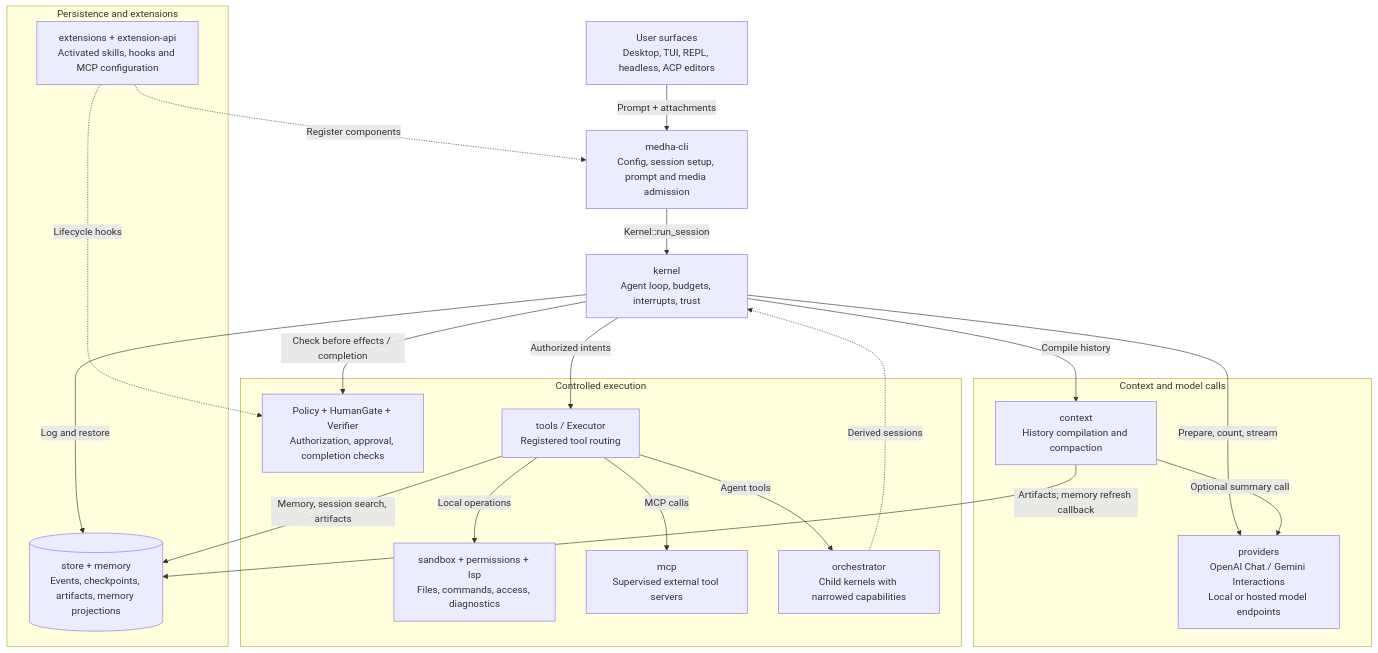
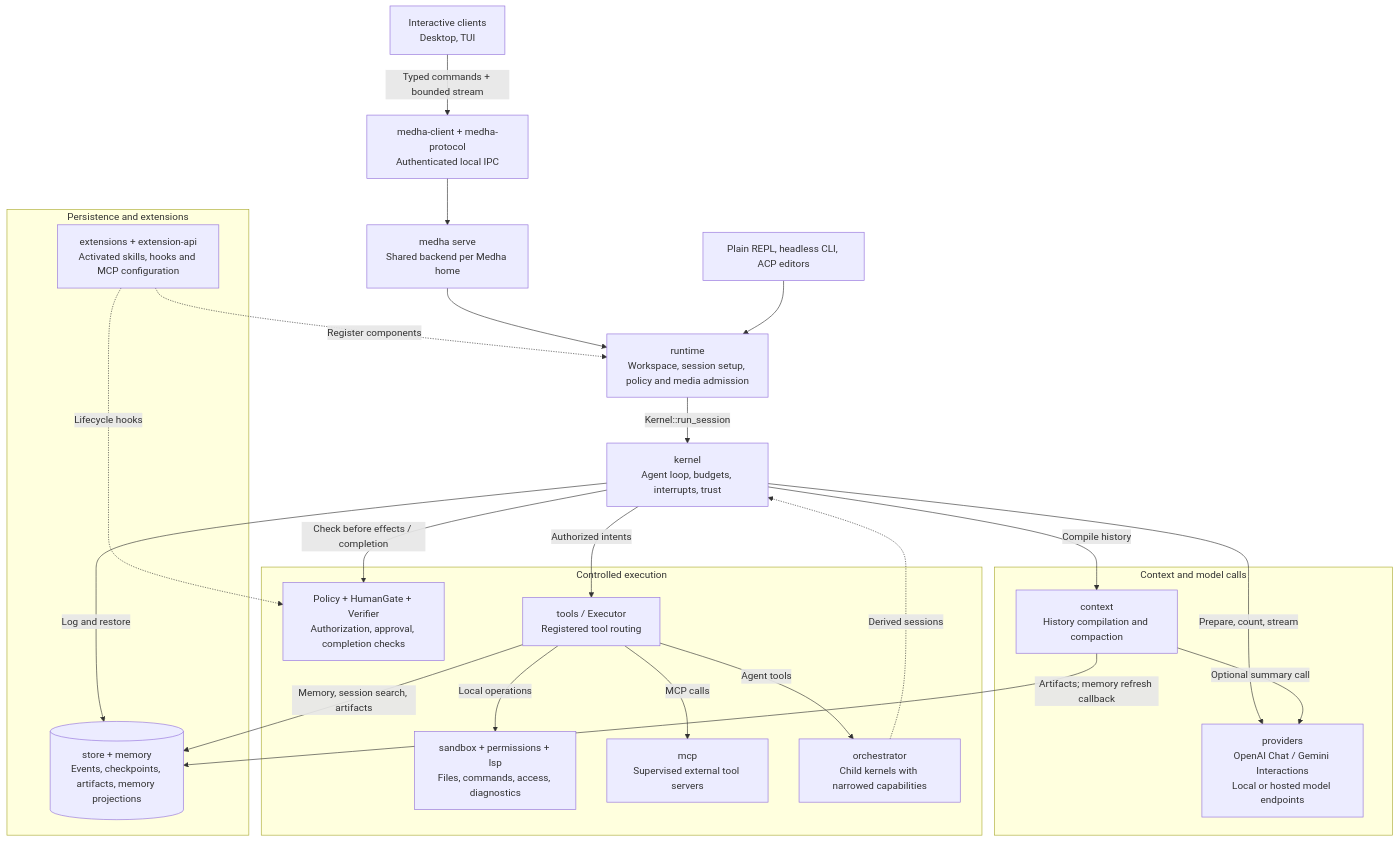
The first of 8 diagrams in docs/WHAT_IS_MEDHA.md (kashyaprajharsh/medha-agent), drawn with Mermaid before and after one commit. The commit also changed other lines of this file and 57 other files, not shown here.

First line of the commit message:
feat(apps): complete the shared-backend TUI and viewer lifecycles

````diff
--- a/docs/WHAT_IS_MEDHA.md
+++ b/docs/WHAT_IS_MEDHA.md
@@ -110,40 +110,46 @@
 ```mermaid
 flowchart TB
-    UI["User surfaces<br/>Desktop, TUI, REPL, headless, ACP editors"]
-    BOOT["medha-cli<br/>Config, session setup, prompt and media admission"]
+    UI["Interactive clients<br/>Desktop, TUI"]
+    CLIENT["medha-client + medha-protocol<br/>Authenticated local IPC"]
+    SERVE["medha serve<br/>Shared backend per Medha home"]
+    DIRECT["Plain REPL, headless CLI, ACP editors"]
+    BOOT["runtime<br/>Workspace, session setup, policy and media admission"]
     K["kernel<br/>Agent loop, budgets, interrupts, trust"]
 
-    UI -->|"Prompt + attachments"| BOOT
+    UI -->|"Typed commands + bounded stream"| CLIENT
+    CLIENT --> SERVE
+    SERVE --> BOOT
+    DIRECT --> BOOT
     BOOT -->|"Kernel::run_session"| K
 
     subgraph reasoning["Context and model calls"]
         CTX["context<br/>History compilation and compaction"]
         PROV["providers<br/>OpenAI Chat / Gemini Interactions<br/>Local or hosted model endpoints"]
     end
     subgraph execution["Controlled execution"]
         CONTROL["Policy + HumanGate + Verifier<br/>Authorization, approval, completion checks"]
         TOOLS["tools / Executor<br/>Registered tool routing"]
         LOCAL["sandbox + permissions + lsp<br/>Files, commands, access, diagnostics"]
         MCP["mcp<br/>Supervised external tool servers"]
         CHILD["orchestrator<br/>Child kernels with narrowed capabilities"]
     end
     subgraph persistence["Persistence and extensions"]
         DATA[("store + memory<br/>Events, checkpoints, artifacts, memory projections")]
         EXT["extensions + extension-api<br/>Activated skills, hooks and MCP configuration"]
     end
 
     K -->|"Compile history"| CTX
     K -->|"Prepare, count, stream"| PROV
     CTX -->|"Optional summary call"| PROV
     K -->|"Check before effects / completion"| CONTROL
     K -->|"Authorized intents"| TOOLS
     TOOLS -->|"Local operations"| LOCAL
     TOOLS -->|"MCP calls"| MCP
     TOOLS -->|"Agent tools"| CHILD
     CHILD -.->|"Derived sessions"| K
     K -->|"Log and restore"| DATA
     TOOLS -->|"Memory, session search, artifacts"| DATA
     CTX -->|"Artifacts; memory refresh callback"| DATA
     EXT -.->|"Register components"| BOOT
     EXT -.->|"Lifecycle hooks"| CONTROL
 ```
````
